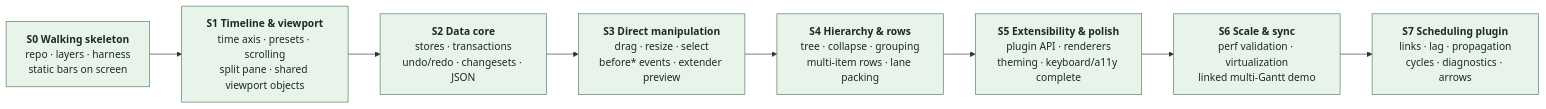
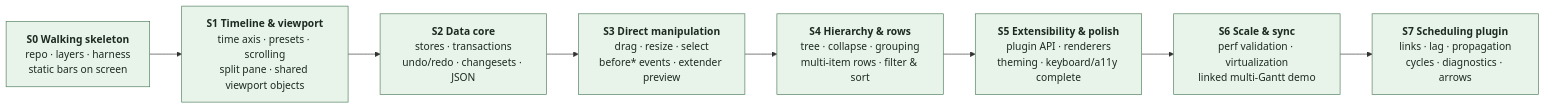
The diagram in plans/00-overview.md (freegantt/freegantt), drawn with Mermaid before and after one commit. The commit also changed other lines of this file and 4 other files, not shown here.

First line of the commit message:
chore: retire the last lane-packing vocabulary from code and plans (#298) (#354)

````diff
--- a/plans/00-overview.md
+++ b/plans/00-overview.md
@@ -59,16 +59,16 @@
 ```mermaid
 flowchart LR
   S0["<b>S0 Walking skeleton</b><br/>repo · layers · harness<br/>static bars on screen"]
   S1["<b>S1 Timeline & viewport</b><br/>time axis · presets · scrolling<br/>split pane · shared viewport objects"]
   S2["<b>S2 Data core</b><br/>stores · transactions<br/>undo/redo · changesets · JSON"]
   S3["<b>S3 Direct manipulation</b><br/>drag · resize · select<br/>before* events · extender preview"]
-  S4["<b>S4 Hierarchy & rows</b><br/>tree · collapse · grouping<br/>multi-item rows · lane packing"]
+  S4["<b>S4 Hierarchy & rows</b><br/>tree · collapse · grouping<br/>multi-item rows · filter & sort"]
   S5["<b>S5 Extensibility & polish</b><br/>plugin API · renderers<br/>theming · keyboard/a11y complete"]
   S6["<b>S6 Scale & sync</b><br/>perf validation · virtualization<br/>linked multi-Gantt demo"]
   S7["<b>S7 Scheduling plugin</b><br/>links · lag · propagation<br/>cycles · diagnostics · arrows"]
 
   S0 --> S1 --> S2 --> S3 --> S4 --> S5 --> S6 --> S7
 
   classDef s fill:#e8f4ea,stroke:#4a7a58,color:#1c2b20
   class S0,S1,S2,S3,S4,S5,S6,S7 s
 ```
````
